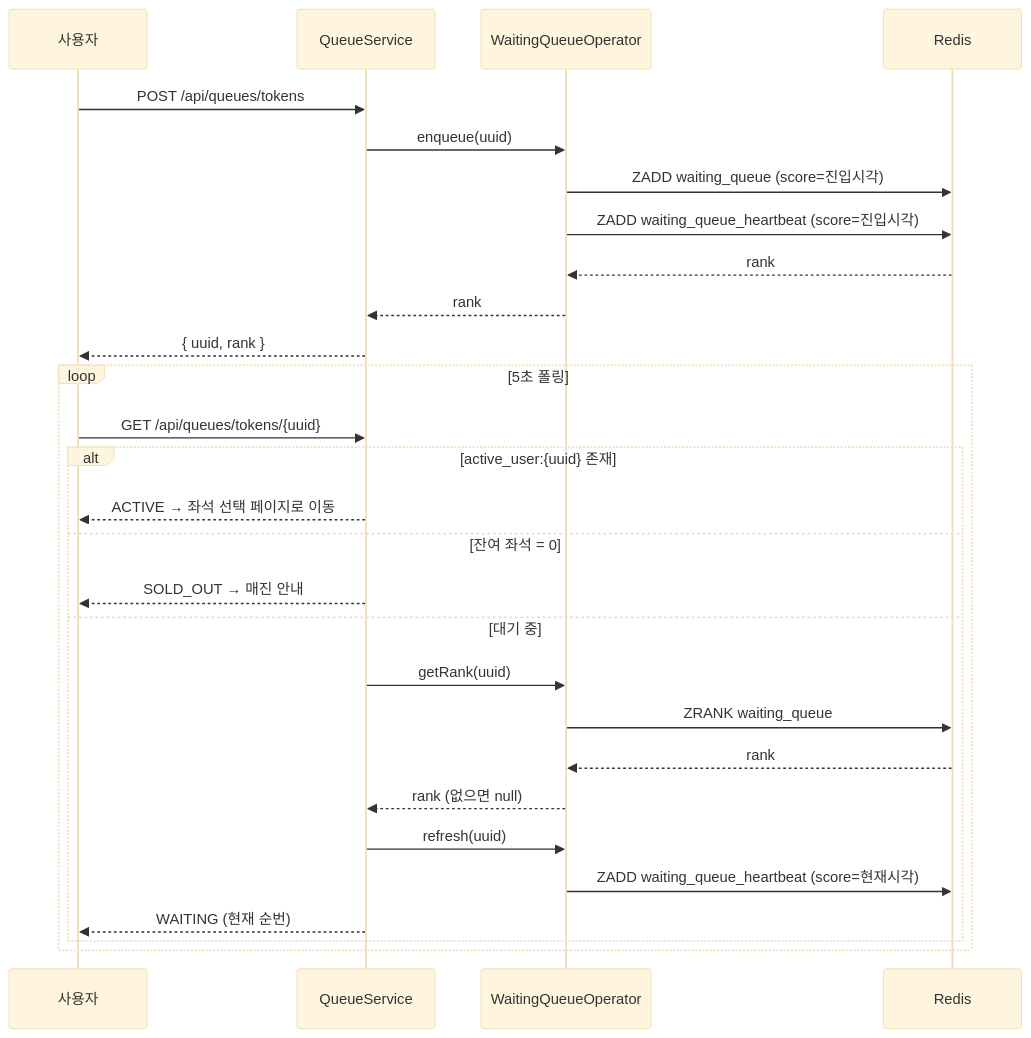
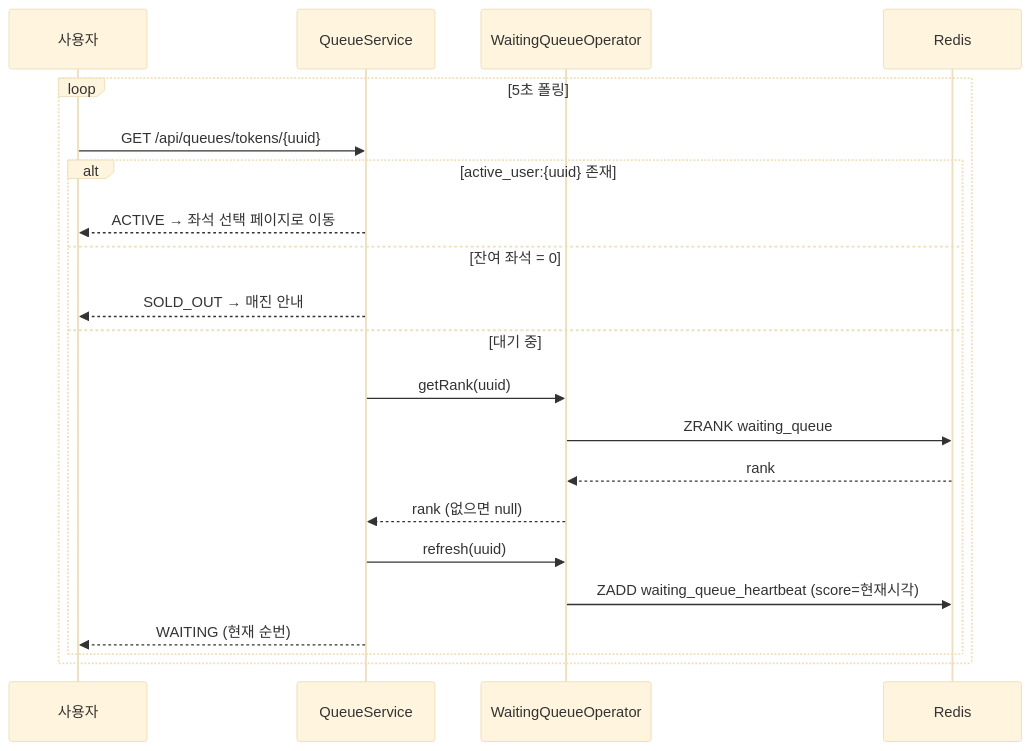
One commit to irnd04/zticket changed the third of 7 diagrams in README.md. Above: the diagram before and after it, drawn with Mermaid (base theme). The commit also changed other lines of this file, not shown here.

Commit message:
docs: 대기열 진입/폴링 플로우 분리 및 Redis 수치 제거

````diff
--- a/README.md
+++ b/README.md
@@ -74,32 +94,24 @@
 ```mermaid
 sequenceDiagram
     participant U as 사용자
     participant Q as QueueService
     participant O as WaitingQueueOperator
     participant R as Redis
-
-    U->>Q: POST /api/queues/tokens
-    Q->>O: enqueue(uuid)
-    O->>R: ZADD waiting_queue (score=진입시각)
-    O->>R: ZADD waiting_queue_heartbeat (score=진입시각)
-    R-->>O: rank
-    O-->>Q: rank
-    Q-->>U: { uuid, rank }
 
     loop 5초 폴링
         U->>Q: GET /api/queues/tokens/{uuid}
         alt active_user:{uuid} 존재
             Q-->>U: ACTIVE → 좌석 선택 페이지로 이동
         else 잔여 좌석 = 0
             Q-->>U: SOLD_OUT → 매진 안내
         else 대기 중
             Q->>O: getRank(uuid)
             O->>R: ZRANK waiting_queue
             R-->>O: rank
             O-->>Q: rank (없으면 null)
             Q->>O: refresh(uuid)
             O->>R: ZADD waiting_queue_heartbeat (score=현재시각)
             Q-->>U: WAITING (현재 순번)
         end
     end
 ```
````
